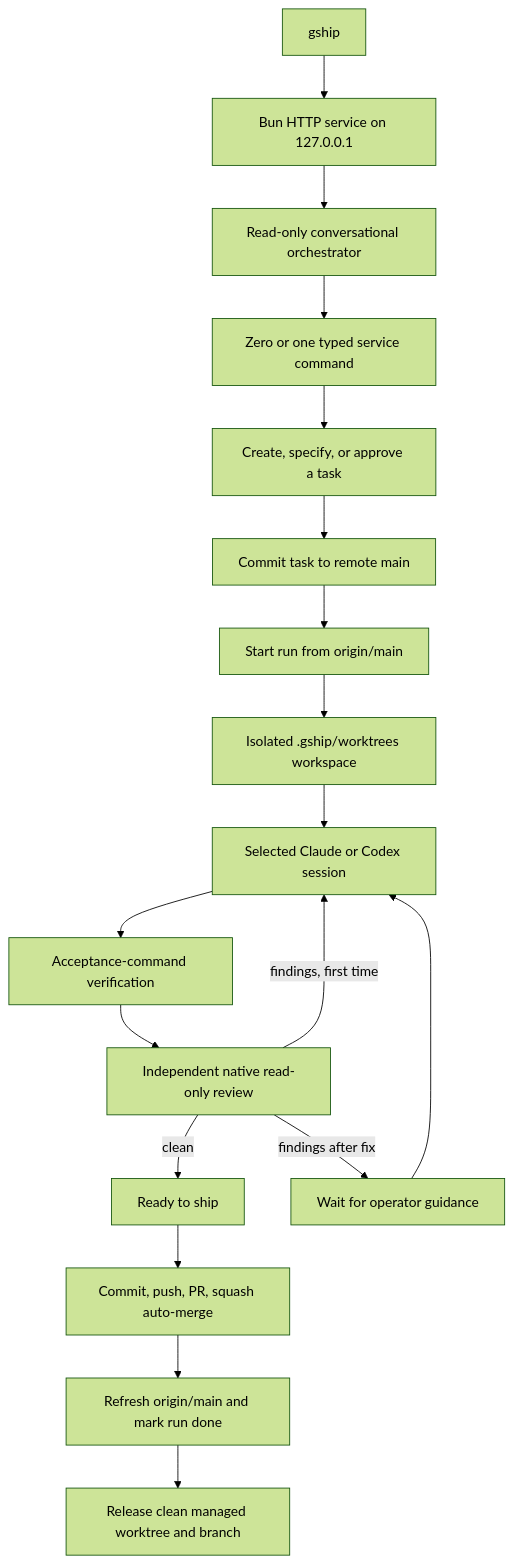
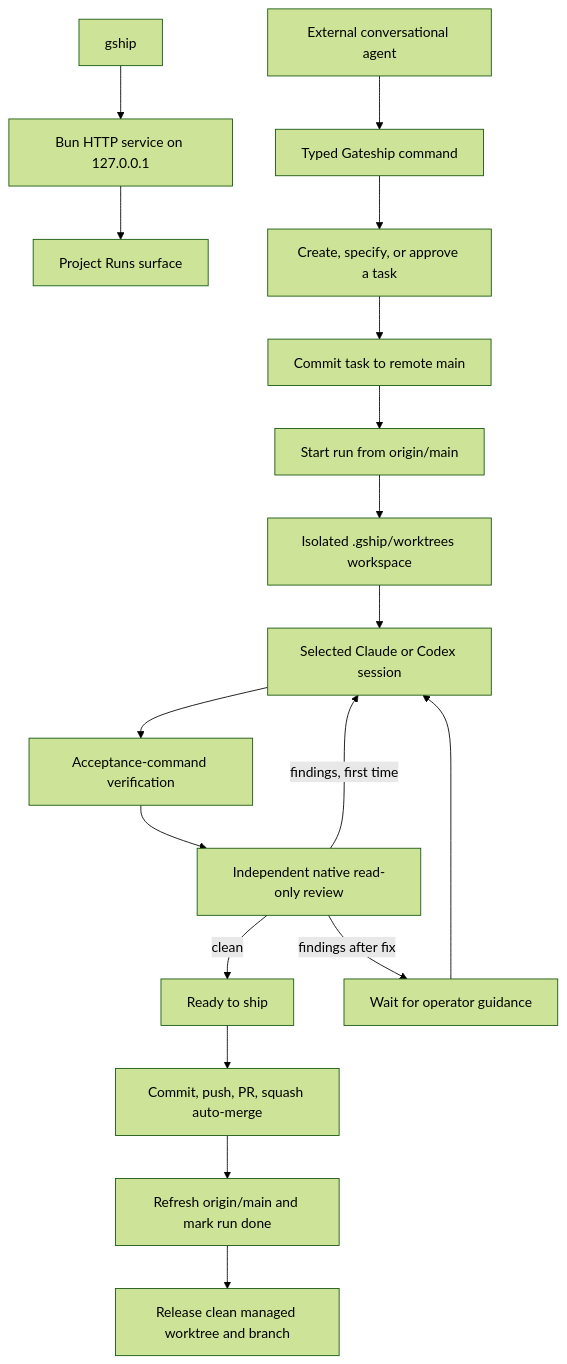
Before and after one commit to eduardocaminha/cam-cli: the diagram in FLOW.md, drawn with Mermaid (forest theme). The commit also changed other lines of this file and 17 other files, not shown here.

````diff
--- a/FLOW.md
+++ b/FLOW.md
@@ -6,20 +6,20 @@
 ```mermaid
 flowchart TD
     START["gship"] --> WEB["Bun HTTP service on 127.0.0.1"]
-    WEB --> CHAT["Read-only conversational orchestrator"]
-    CHAT --> COMMAND["Zero or one typed service command"]
+    EXTERNAL["External conversational agent"] --> COMMAND["Typed Gateship command"]
+    WEB --> RUNS["Project Runs surface"]
     COMMAND --> INTAKE["Create, specify, or approve a task"]
     INTAKE --> SOURCE["Commit task to remote main"]
     SOURCE --> RUN["Start run from origin/main"]
     RUN --> WORKTREE["Isolated .gship/worktrees workspace"]
     WORKTREE --> IMPLEMENT["Selected Claude or Codex session"]
     IMPLEMENT --> VERIFY["Acceptance-command verification"]
     VERIFY --> REVIEW["Independent native read-only review"]
     REVIEW -->|clean| READY["Ready to ship"]
     REVIEW -->|findings, first time| IMPLEMENT
     REVIEW -->|findings after fix| WAIT["Wait for operator guidance"]
     WAIT --> IMPLEMENT
     READY --> SHIP["Commit, push, PR, squash auto-merge"]
     SHIP --> DONE["Refresh origin/main and mark run done"]
     DONE --> RELEASE["Release clean managed worktree and branch"]
 ```
````
